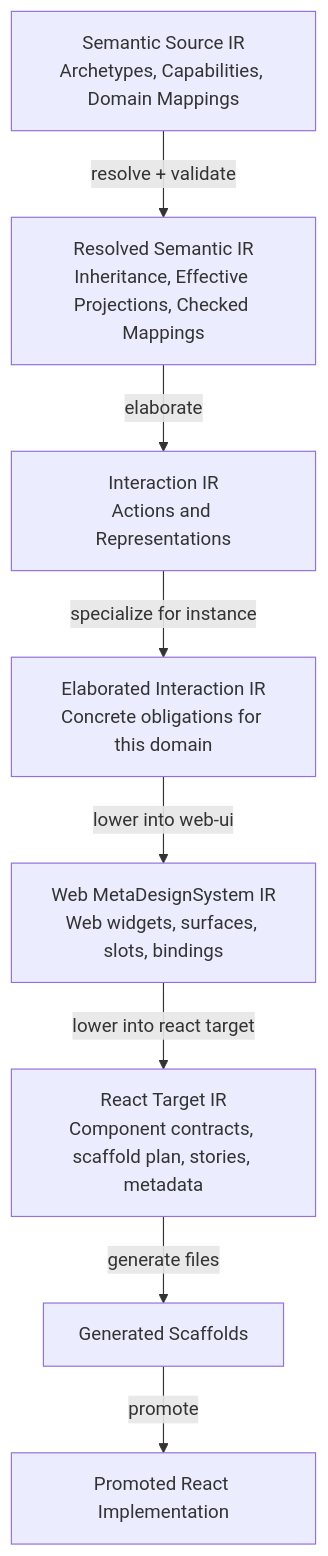
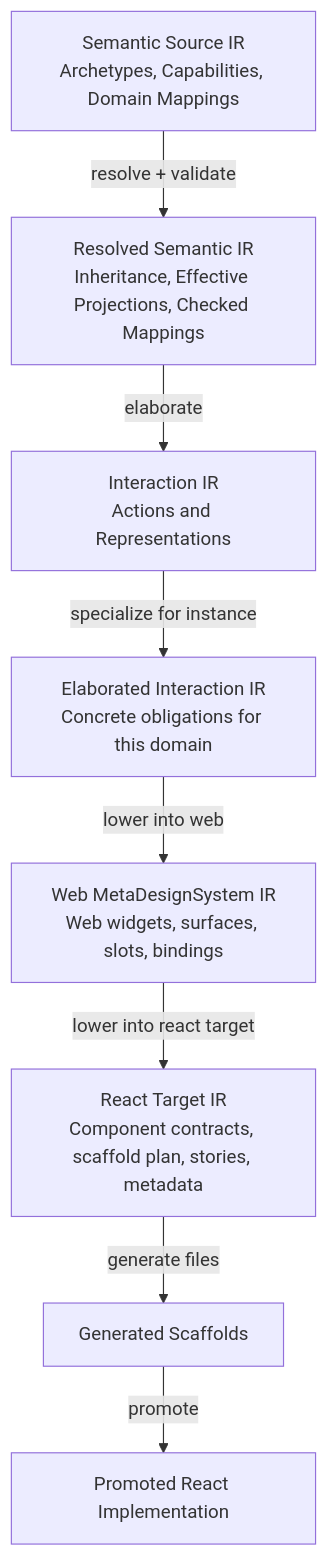
One commit to go-go-golems/dmeta changed the diagram in ttmp/2026/05/24/DMETA-COMPILER-MDS--refactor-dmeta-into-layered-compiler-pipeline-and-web-metadesignsystem/design-doc/01-layered-compiler-pipeline-and-web-metadesignsystem-refactor-guide.md. Above: the diagram before and after it, drawn with Mermaid. The commit also changed other lines of this file and 3 other files, not shown here.

````diff
--- a/ttmp/2026/05/24/DMETA-COMPILER-MDS--refactor-dmeta-into-layered-compiler-pipeline-and-web-metadesignsystem/design-doc/01-layered-compiler-pipeline-and-web-metadesignsystem-refactor-guide.md
+++ b/ttmp/2026/05/24/DMETA-COMPILER-MDS--refactor-dmeta-into-layered-compiler-pipeline-and-web-metadesignsystem/design-doc/01-layered-compiler-pipeline-and-web-metadesignsystem-refactor-guide.md
@@ -428,19 +444,19 @@
 ```mermaid
 flowchart TD
     A[Semantic Source IR\nArchetypes, Capabilities, Domain Mappings]
     B[Resolved Semantic IR\nInheritance, Effective Projections, Checked Mappings]
     C[Interaction IR\nActions and Representations]
     D[Elaborated Interaction IR\nConcrete obligations for this domain]
     E[Web MetaDesignSystem IR\nWeb widgets, surfaces, slots, bindings]
     F[React Target IR\nComponent contracts, scaffold plan, stories, metadata]
     G[Generated Scaffolds]
     H[Promoted React Implementation]
 
     A -->|resolve + validate| B
     B -->|elaborate| C
     C -->|specialize for instance| D
-    D -->|lower into web-ui| E
+    D -->|lower into web| E
     E -->|lower into react target| F
     F -->|generate files| G
     G -->|promote| H
 ```
````
